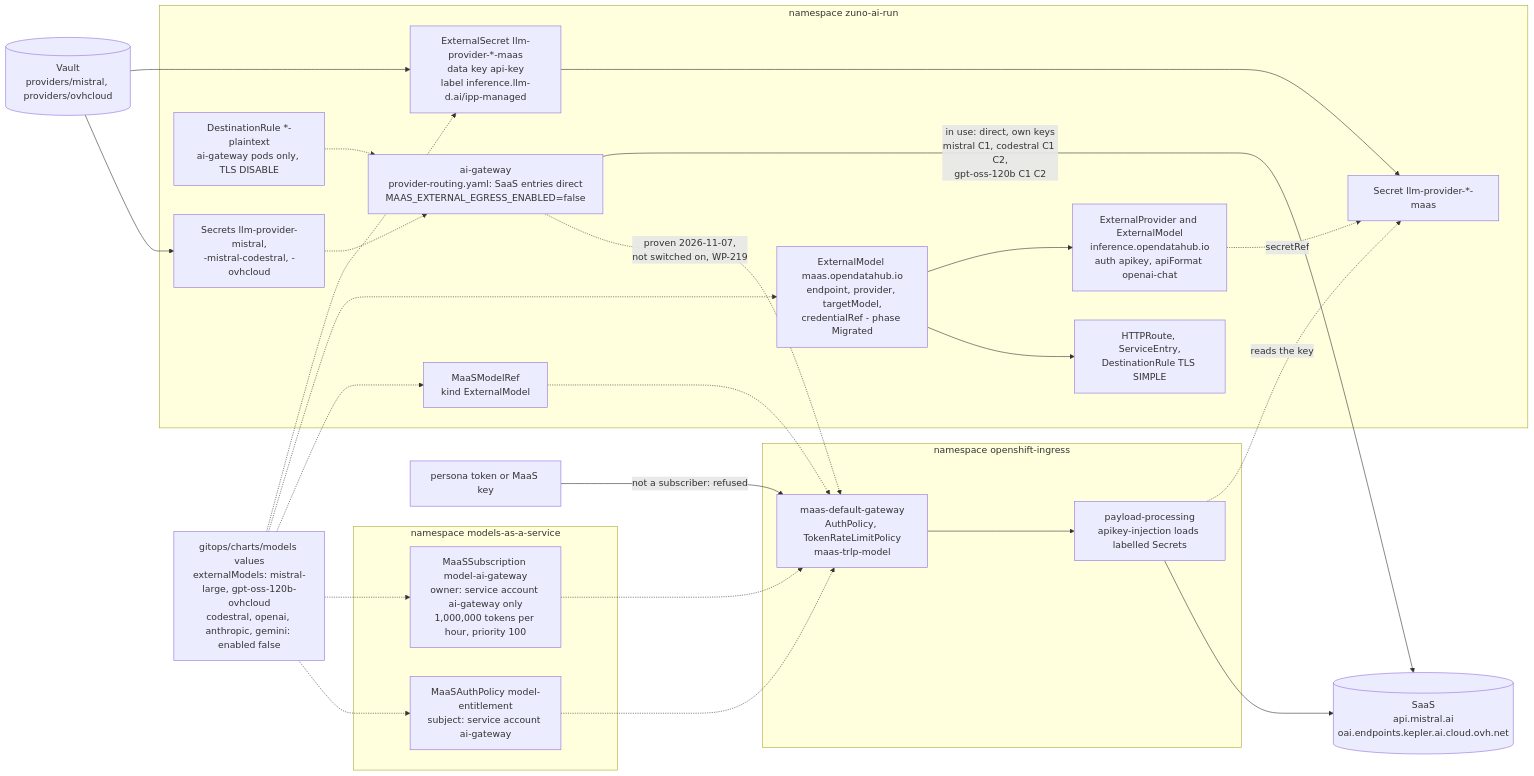
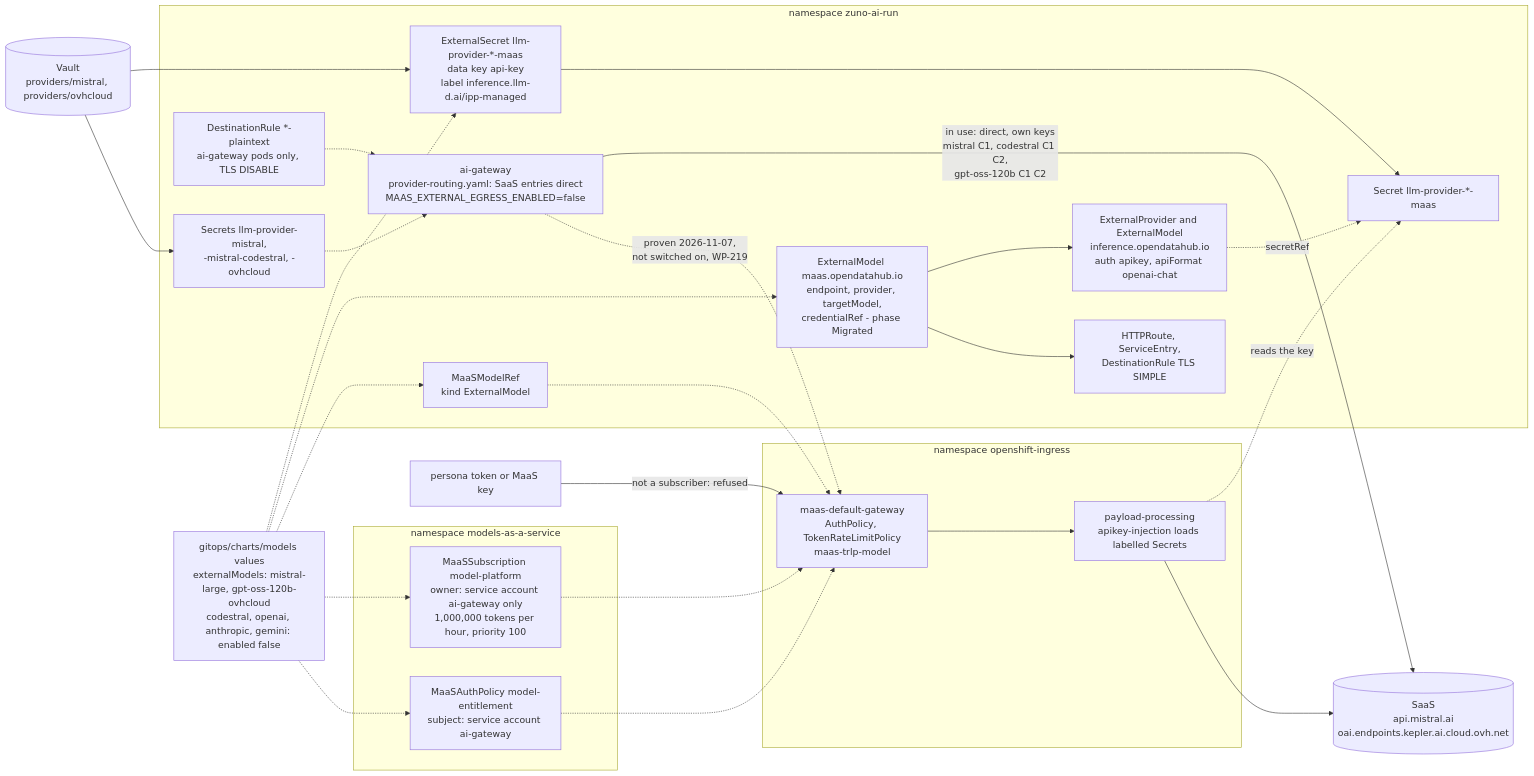
The second of 2 diagrams in docs/demo/scenarios/rhoai/external-models.md (startxfr/zuno-demo), drawn with Mermaid before and after one commit. The commit also changed other lines of this file and 27 other files, not shown here.

First line of the commit message:
docs(demo scenarios): the 30 scenario pages are proofread in full against the charts, roles and ADRs; 20 are dated, 10 wait for a fact the repository cannot prove

````diff
--- a/docs/demo/scenarios/rhoai/external-models.md
+++ b/docs/demo/scenarios/rhoai/external-models.md
@@ -231,40 +231,40 @@
 ```mermaid
 flowchart LR
   VAL["gitops/charts/models values<br/>externalModels: mistral-large, gpt-oss-120b-ovhcloud<br/>codestral, openai, anthropic, gemini: enabled false"]
   VAULT[("Vault<br/>providers/mistral, providers/ovhcloud")]
   PROV[("SaaS<br/>api.mistral.ai<br/>oai.endpoints.kepler.ai.cloud.ovh.net")]
   CALLER["persona token or MaaS key"]
   subgraph RUN["namespace zuno-ai-run"]
     ES["ExternalSecret llm-provider-*-maas<br/>data key api-key<br/>label inference.llm-d.ai/ipp-managed"]
     SEC["Secret llm-provider-*-maas"]
     EM["ExternalModel maas.opendatahub.io<br/>endpoint, provider, targetModel,<br/>credentialRef - phase Migrated"]
     EP["ExternalProvider and ExternalModel<br/>inference.opendatahub.io<br/>auth apikey, apiFormat openai-chat"]
     NET["HTTPRoute, ServiceEntry,<br/>DestinationRule TLS SIMPLE"]
     REF["MaaSModelRef<br/>kind ExternalModel"]
     AIGW["ai-gateway<br/>provider-routing.yaml: SaaS entries direct<br/>MAAS_EXTERNAL_EGRESS_ENABLED=false"]
     KEYS["Secrets llm-provider-mistral,<br/>-mistral-codestral, -ovhcloud"]
     DRP["DestinationRule *-plaintext<br/>ai-gateway pods only, TLS DISABLE"]
   end
   subgraph MNS["namespace models-as-a-service"]
-    SUB["MaaSSubscription model-ai-gateway<br/>owner: service account ai-gateway only<br/>1,000,000 tokens per hour, priority 100"]
+    SUB["MaaSSubscription model-platform<br/>owner: service account ai-gateway only<br/>1,000,000 tokens per hour, priority 100"]
     MAP["MaaSAuthPolicy model-entitlement<br/>subject: service account ai-gateway"]
   end
   subgraph ING["namespace openshift-ingress"]
     GW["maas-default-gateway<br/>AuthPolicy, TokenRateLimitPolicy<br/>maas-trlp-model"]
     IPP["payload-processing<br/>apikey-injection loads labelled Secrets"]
   end
   VAL -.-> ES & EM & REF & SUB & MAP
   VAULT --> ES --> SEC
   VAULT --> KEYS
   EM --> EP & NET
   EP -.->|"secretRef"| SEC
   IPP -.->|"reads the key"| SEC
   REF -.-> GW
   SUB & MAP -.-> GW
   GW --> IPP --> PROV
   AIGW -->|"in use: direct, own keys<br/>mistral C1, codestral C1 C2,<br/>gpt-oss-120b C1 C2"| PROV
   AIGW -.->|"proven 2026-11-07,<br/>not switched on, WP-219"| GW
   KEYS -.-> AIGW
   DRP -.-> AIGW
   CALLER -->|"not a subscriber: refused"| GW
 ```
````
